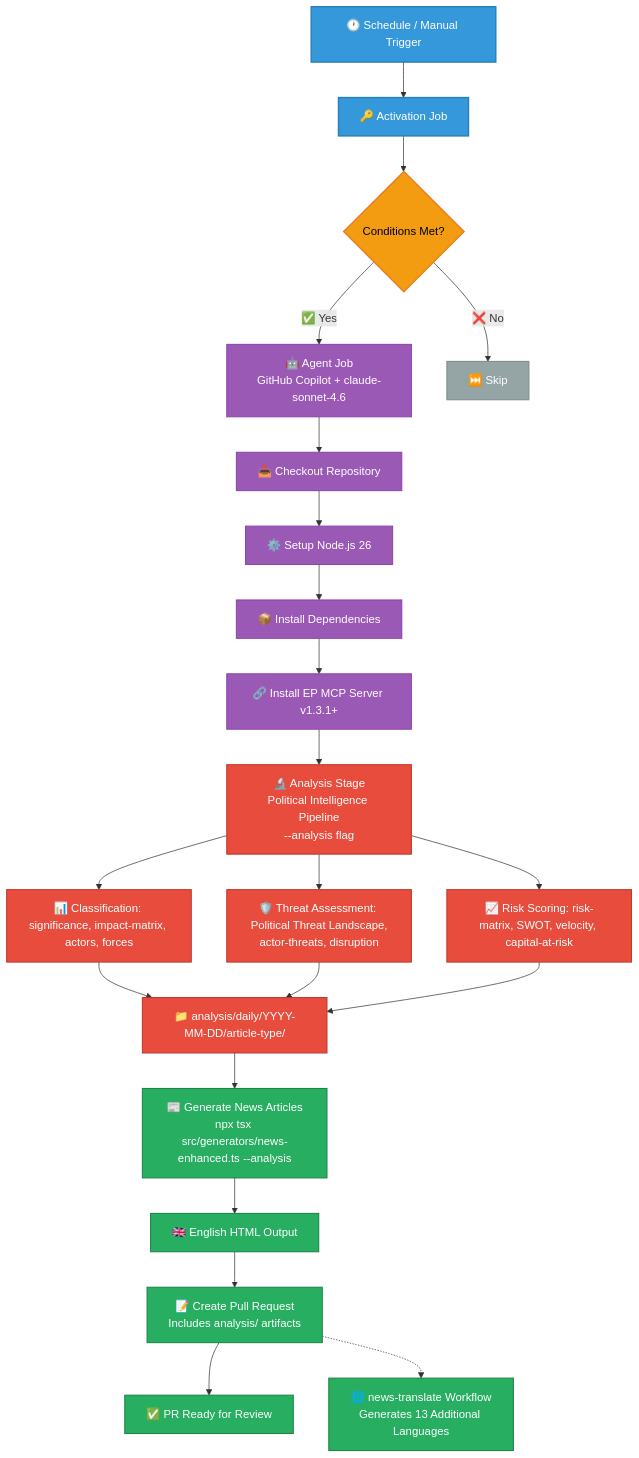
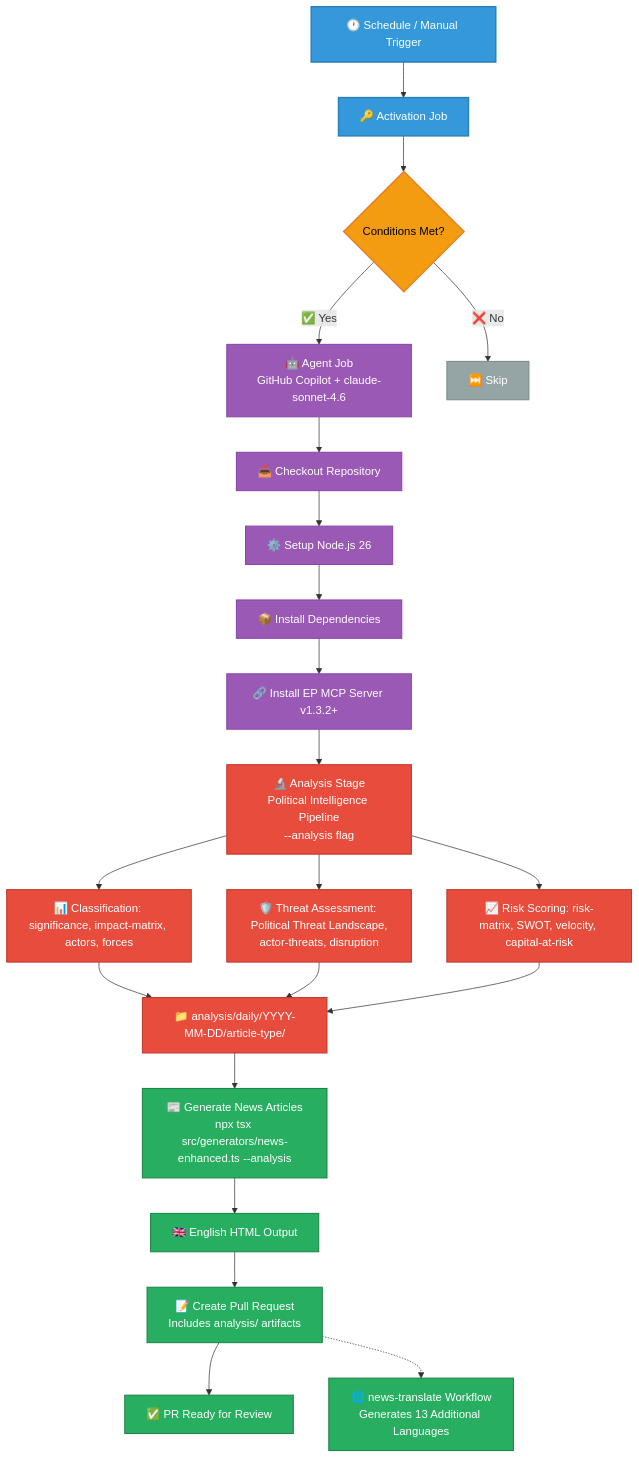
Before and after one commit to Hack23/euparliamentmonitor: the third of 22 diagrams in WORKFLOWS.md, drawn with Mermaid. The commit also changed other lines of this file and 49 other files, not shown here.

First line of the commit message:
docs: bump european-parliament-mcp-server pin to 1.3.2 across workflows, MCP clients, tests, and docs

````diff
--- a/WORKFLOWS.md
+++ b/WORKFLOWS.md
@@ -275,37 +275,37 @@
 ```mermaid
 graph TD
     A[🕐 Schedule / Manual Trigger] --> B[🔑 Activation Job]
     B --> C{Conditions Met?}
     C -->|✅ Yes| D[🤖 Agent Job<br/>GitHub Copilot + claude-sonnet-4.6]
     C -->|❌ No| E[⏭️ Skip]
     D --> F[📥 Checkout Repository]
     F --> G[⚙️ Setup Node.js 26]
     G --> H[📦 Install Dependencies]
-    H --> I[🔗 Install EP MCP Server v1.3.1+]
+    H --> I[🔗 Install EP MCP Server v1.3.2+]
     I --> J1[🔬 Analysis Stage<br/>Political Intelligence Pipeline<br/>--analysis flag]
     J1 --> J1a[📊 Classification: significance, impact-matrix, actors, forces]
     J1 --> J1b[🛡️ Threat Assessment: Political Threat Landscape,<br/>actor-threats, disruption]
     J1 --> J1c[📈 Risk Scoring: risk-matrix, SWOT, velocity, capital-at-risk]
     J1a --> J1d["📁 analysis/daily/YYYY-MM-DD/article-type/"]
     J1b --> J1d
     J1c --> J1d
     J1d --> J[📰 Generate News Articles<br/>npx tsx src/generators/news-enhanced.ts --analysis]
     J --> K[🇬🇧 English HTML Output]
     K --> L[📝 Create Pull Request<br/>Includes analysis/ artifacts]
     L --> M[✅ PR Ready for Review]
     L -.-> N[🌐 news-translate Workflow<br/>Generates 13 Additional Languages]
 
     classDef trigger fill:#3498db,stroke:#2980b9,stroke-width:2px,color:white
     classDef process fill:#9b59b6,stroke:#8e44ad,stroke-width:1.5px,color:white
     classDef decision fill:#f39c12,stroke:#e67e22,stroke-width:2px,color:black
     classDef skip fill:#95a5a6,stroke:#7f8c8d,stroke-width:1.5px,color:white
     classDef analysis fill:#e74c3c,stroke:#c0392b,stroke-width:1.5px,color:white
     classDef output fill:#27ae60,stroke:#1e8449,stroke-width:1.5px,color:white
 
     class A,B trigger
     class D,F,G,H,I process
     class C decision
     class E skip
     class J1,J1a,J1b,J1c,J1d analysis
     class J,K,L,M,N output
 ```
````
